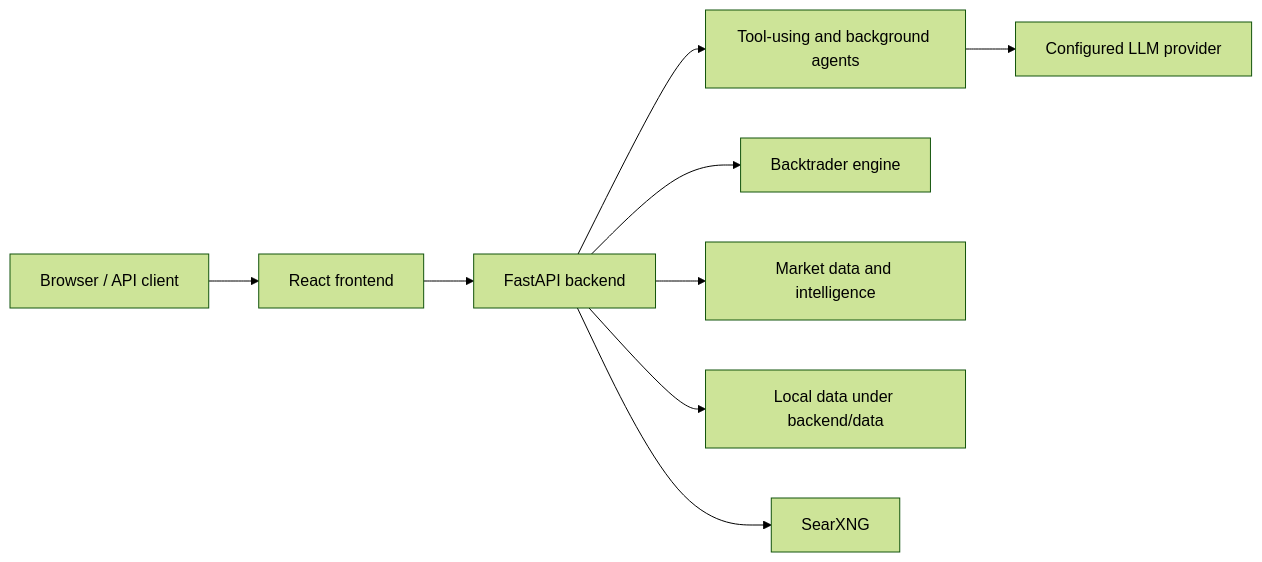
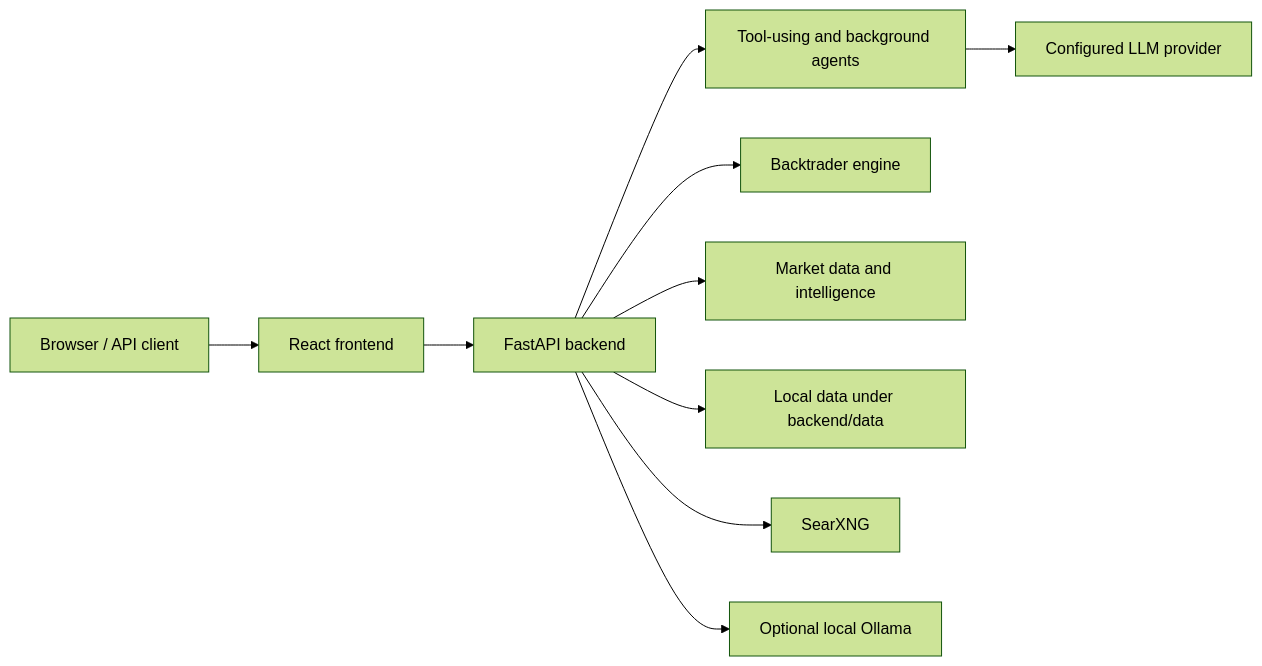
The second of 2 diagrams in README.md (mrhustlex/TradingSpy-TradingAgentService), drawn with Mermaid (forest theme) before and after one commit. The commit also changed other lines of this file and 16 other files, not shown here.

````diff
--- a/README.md
+++ b/README.md
@@ -245,11 +277,12 @@
 ```mermaid
 flowchart LR
     User["Browser / API client"] --> Frontend["React frontend"]
     Frontend --> Backend["FastAPI backend"]
     Backend --> Agents["Tool-using and background agents"]
     Backend --> Backtest["Backtrader engine"]
     Backend --> Market["Market data and intelligence"]
     Backend --> Store["Local data under backend/data"]
     Backend --> Search["SearXNG"]
     Agents --> LLM["Configured LLM provider"]
+    Backend --> Ollama["Optional local Ollama"]
 ```
````
